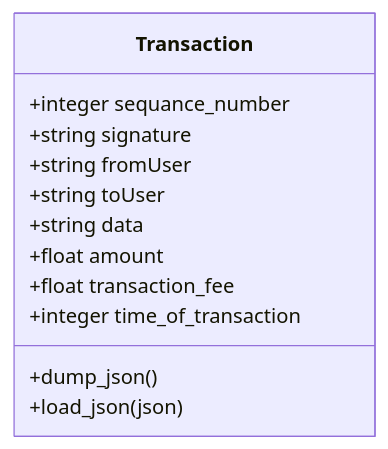
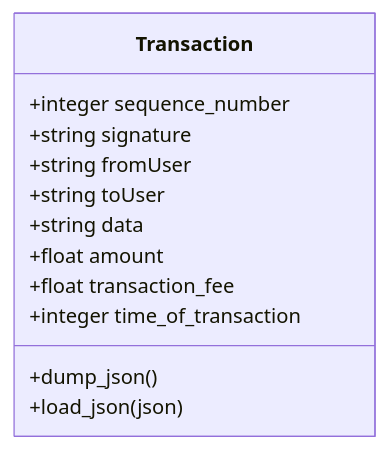
One commit to Naruno/Naruno changed the first of 2 diagrams in docs/concepts/transactions.md. Above: the diagram before and after it, drawn with Mermaid. The commit also changed 9 other files, not shown here.

````diff
--- a/docs/concepts/transactions.md
+++ b/docs/concepts/transactions.md
@@ -24,15 +24,15 @@
 ```mermaid
 classDiagram
     class Transaction
-    Transaction : +integer sequance_number
+    Transaction : +integer sequence_number
     Transaction : +string signature
     Transaction : +string fromUser
     Transaction : +string toUser
     Transaction : +string data
     Transaction : +float amount
     Transaction : +float transaction_fee
     Transaction : +integer time_of_transaction
     Transaction : +dump_json()
     Transaction : +load_json(json)
 
 ```
````
